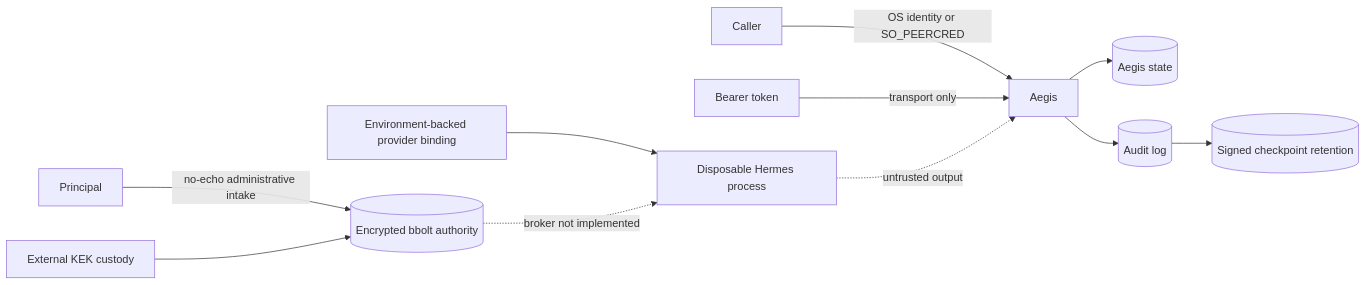
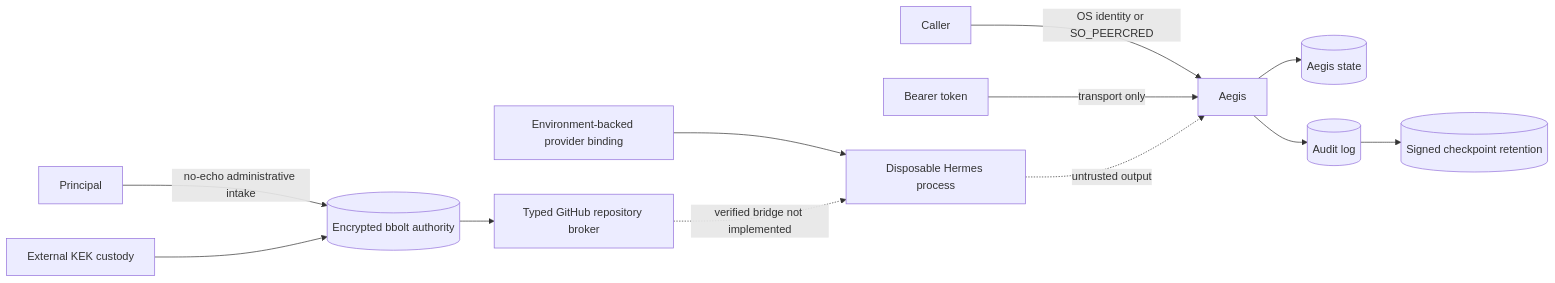
The diagram in docs/THREAT_MODEL.md (berryhill/aegis), drawn with Mermaid before and after one commit. The commit also changed other lines of this file and 46 other files, not shown here.

````diff
--- a/docs/THREAT_MODEL.md
+++ b/docs/THREAT_MODEL.md
@@ -17,13 +17,14 @@
 ```mermaid
 flowchart LR
   Caller -->|OS identity or SO_PEERCRED| Aegis
   Token[Bearer token] -->|transport only| Aegis
   Aegis --> Store[(Aegis state)]
   Env[Environment-backed provider binding] --> Hermes[Disposable Hermes process]
   Principal -->|no-echo administrative intake| Authority[(Encrypted bbolt authority)]
   KEK[External KEK custody] --> Authority
-  Authority -. broker not implemented .-> Hermes
+  Authority --> Broker[Typed GitHub repository broker]
+  Broker -. verified bridge not implemented .-> Hermes
   Aegis --> Audit[(Audit log)]
   Audit --> Checkpoint[(Signed checkpoint retention)]
   Hermes -. untrusted output .-> Aegis
 ```
````
